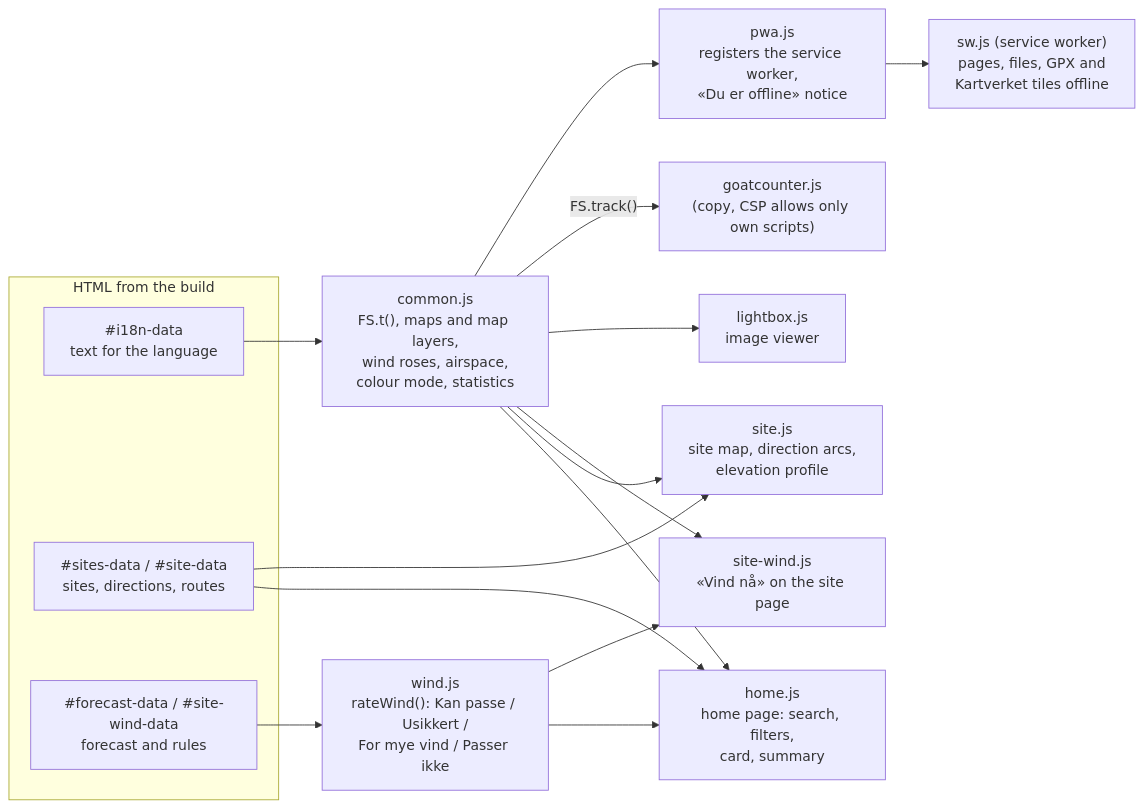
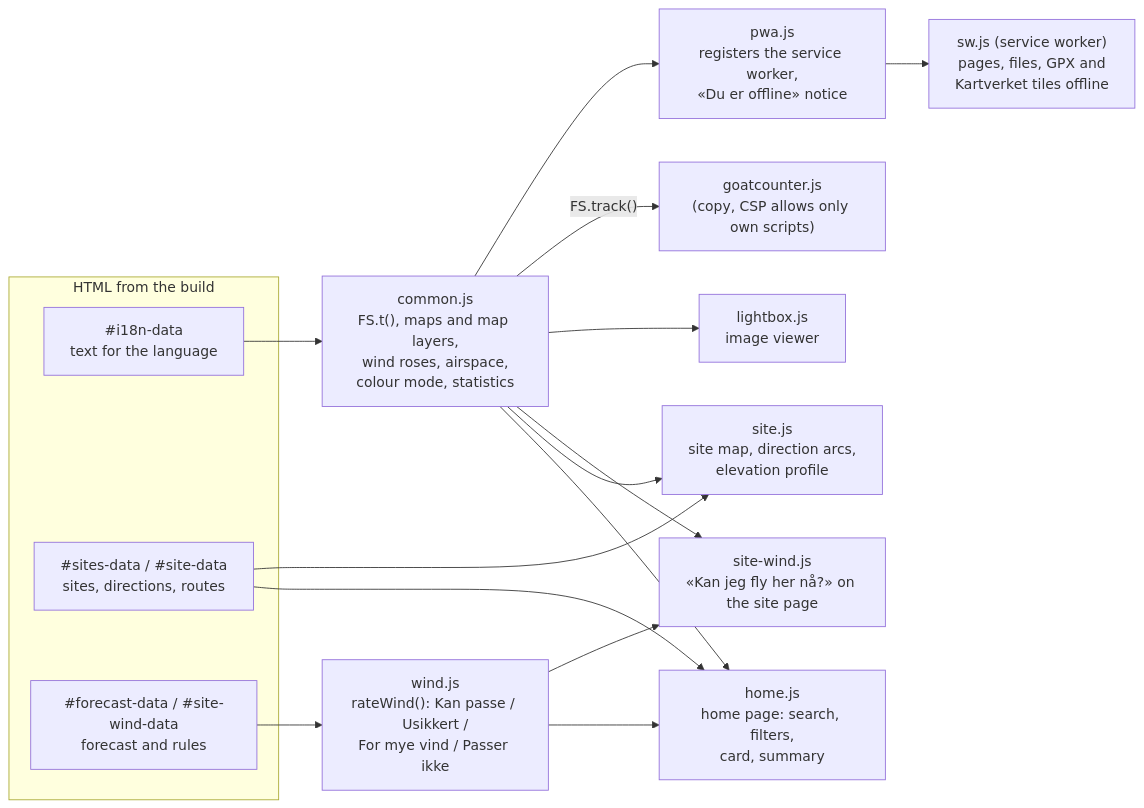
One commit to hpgt-com/flying-sites changed the third of 6 diagrams in docs/architecture.md. Above: the diagram before and after it, drawn with Mermaid. The commit also changed other lines of this file and 9 other files, not shown here.

````diff
--- a/docs/architecture.md
+++ b/docs/architecture.md
@@ -116,25 +116,25 @@
 ```mermaid
 flowchart LR
   subgraph page["HTML from the build"]
     j1["#i18n-data<br/>text for the language"]
     j2["#sites-data / #site-data<br/>sites, directions, routes"]
     j3["#forecast-data / #site-wind-data<br/>forecast and rules"]
   end
 
   common["common.js<br/>FS.t(), maps and map layers,<br/>wind roses, airspace,<br/>colour mode, statistics"]
   wind["wind.js<br/>rateWind(): Kan passe / Usikkert /<br/>For mye vind / Passer ikke"]
   home["home.js<br/>home page: search, filters,<br/>card, summary"]
   site["site.js<br/>site map, direction arcs,<br/>elevation profile"]
-  sitewind["site-wind.js<br/>«Vind nå» on the site page"]
+  sitewind["site-wind.js<br/>«Kan jeg fly her nå?» on the site page"]
   lightbox["lightbox.js<br/>image viewer"]
   goat["goatcounter.js<br/>(copy, CSP allows only own scripts)"]
   pwa["pwa.js<br/>registers the service worker,<br/>«Du er offline» notice"]
   sw["sw.js (service worker)<br/>pages, files, GPX and<br/>Kartverket tiles offline"]
 
   j1 --> common
   common --> home & site & sitewind & lightbox
   j2 --> home & site
   j3 --> wind --> home & sitewind
   common -- "FS.track()" --> goat
   common --> pwa --> sw
 ```
````
